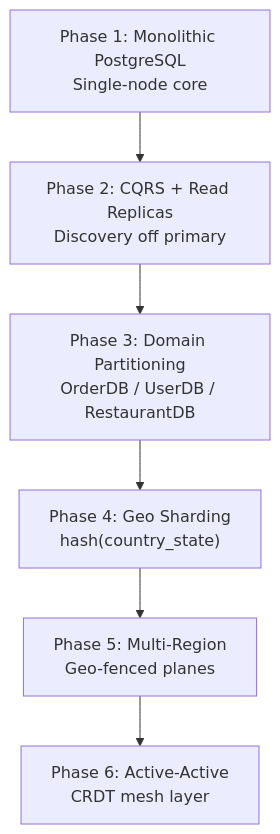
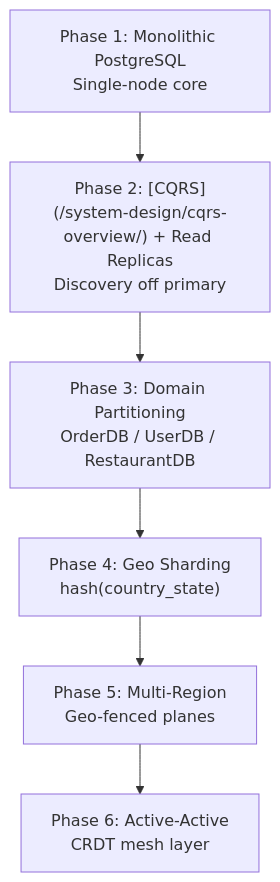
One commit to pradeep2Tech/pradeep2Tech.github.io changed the fourth of 5 diagrams in content/system-design/food-delivery.md. Above: the diagram before and after it, drawn with Mermaid. The commit also changed other lines of this file and 154 other files, not shown here.

````diff
--- a/content/system-design/food-delivery.md
+++ b/content/system-design/food-delivery.md
@@ -440,11 +440,11 @@
 ```mermaid
 flowchart TD
     P1["Phase 1: Monolithic PostgreSQL<br/>Single-node core"]
-    P2["Phase 2: CQRS + Read Replicas<br/>Discovery off primary"]
+    P2["Phase 2: [CQRS](/system-design/cqrs-overview/) + Read Replicas<br/>Discovery off primary"]
     P3["Phase 3: Domain Partitioning<br/>OrderDB / UserDB / RestaurantDB"]
     P4["Phase 4: Geo Sharding<br/>hash(country_state)"]
     P5["Phase 5: Multi-Region<br/>Geo-fenced planes"]
     P6["Phase 6: Active-Active<br/>CRDT mesh layer"]
 
     P1 --> P2 --> P3 --> P4 --> P5 --> P6
 ```
````
